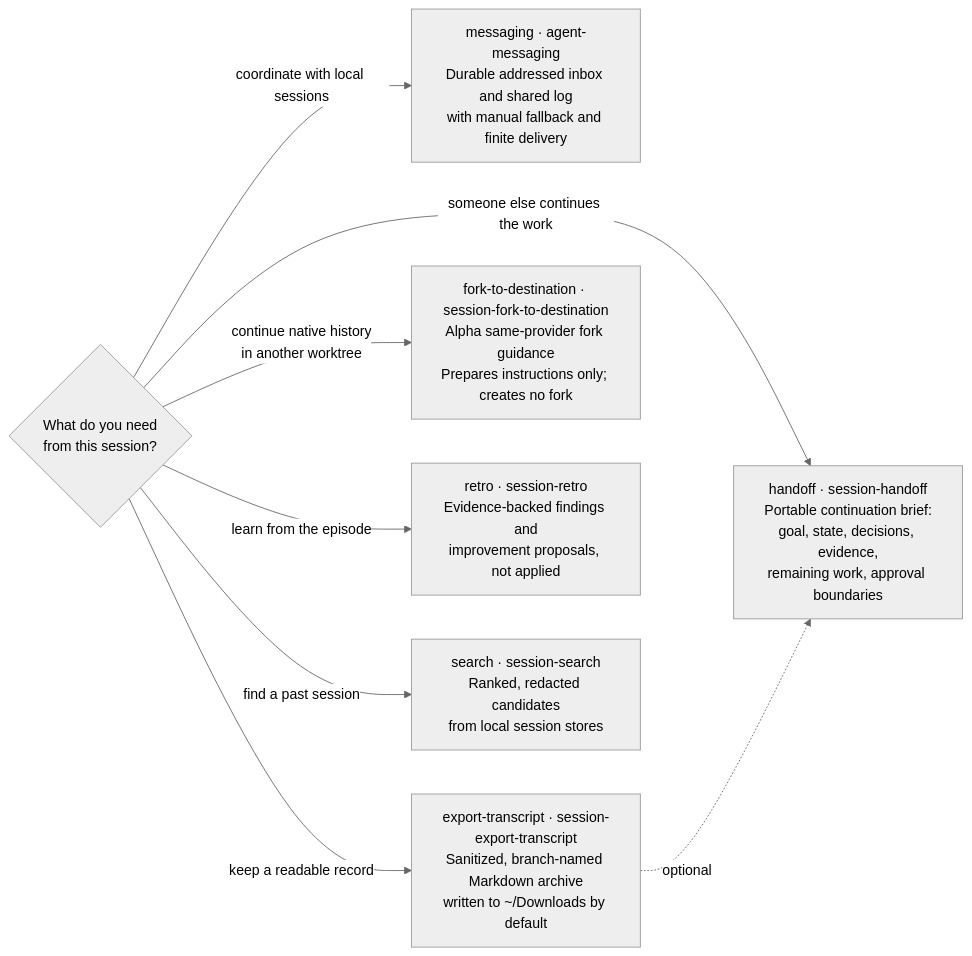
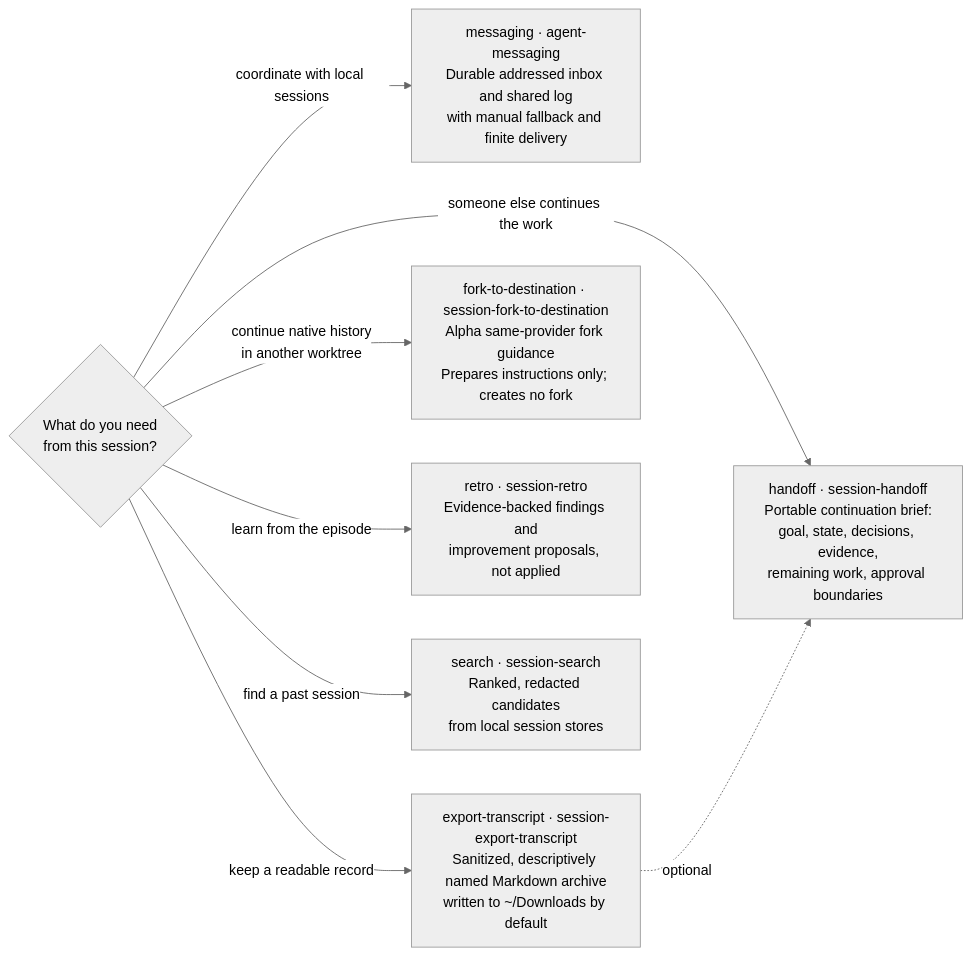
One commit to tkstang/skills changed the diagram in documentation/docs/user-guide/plugins/session/index.md. Above: the diagram before and after it, drawn with Mermaid (neutral theme). The commit also changed 12 other files, not shown here.

First line of the commit message:
docs(session): name transcript exports by provider and topic (#145)

````diff
--- a/documentation/docs/user-guide/plugins/session/index.md
+++ b/documentation/docs/user-guide/plugins/session/index.md
@@ -12,20 +12,20 @@
 ```mermaid
 flowchart LR
   accTitle: Choosing a Session capability
   accDescr: Pick by need. Handoff lets someone else continue, messaging coordinates local sessions, export-transcript keeps a readable record, fork-to-destination continues native history elsewhere, retro learns from the episode, and search finds a past session.
   Q{"What do you need<br/>from this session?"}
   M["messaging · agent-messaging<br/>Durable addressed inbox and shared log<br/>with manual fallback and finite delivery"]
   H["handoff · session-handoff<br/>Portable continuation brief:<br/>goal, state, decisions, evidence,<br/>remaining work, approval boundaries"]
-  E["export-transcript · session-export-transcript<br/>Sanitized, branch-named Markdown archive<br/>written to ~/Downloads by default"]
+  E["export-transcript · session-export-transcript<br/>Sanitized, descriptively named Markdown archive<br/>written to ~/Downloads by default"]
   F["fork-to-destination · session-fork-to-destination<br/>Alpha same-provider fork guidance<br/>Prepares instructions only; creates no fork"]
   R["retro · session-retro<br/>Evidence-backed findings and<br/>improvement proposals, not applied"]
   S["search · session-search<br/>Ranked, redacted candidates<br/>from local session stores"]
 
   Q -->|"someone else continues the work"| H
   Q -->|"coordinate with local sessions"| M
   Q -->|"keep a readable record"| E
   Q -->|"continue native history<br/>in another worktree"| F
   Q -->|"learn from the episode"| R
   Q -->|"find a past session"| S
   E -.->|optional| H
 ```
````
